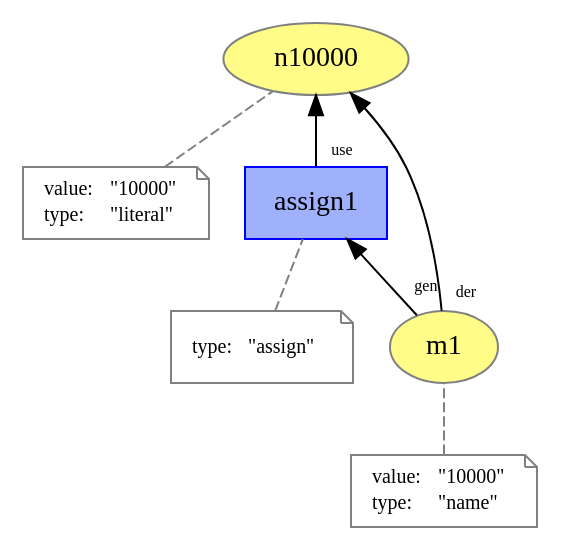
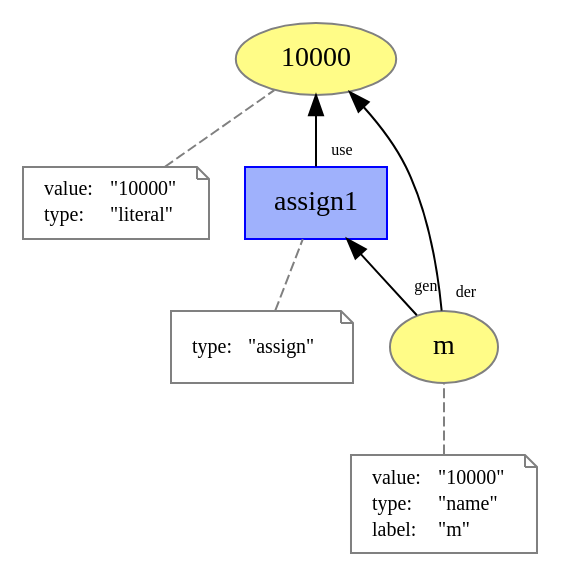
Before and after one commit to dew-uff/versioned-prov: the diagram in prov_dictionary/assign.dot, drawn with Graphviz. The commit also changed 51 other files, not shown here.

```diff
--- a/prov_dictionary/assign.dot
+++ b/prov_dictionary/assign.dot
@@ -1,37 +1,41 @@
 digraph "PROV" { size="16,12"; rankdir="BT";
-"http://example.org/n10000" [fillcolor="#FFFC87",color="#808080",style="filled",label="n10000",URL="http://example.org/n10000"]
+"http://example.org/10000" [fillcolor="#FFFC87",color="#808080",style="filled",label="10000",URL="http://example.org/10000"]
 "-attrs0" [color="gray",shape="note",fontsize="10",fontcolor="black",label=<<TABLE cellpadding="0" border="0">
 	<TR>
 	    <TD align="left">value:</TD>
 	    <TD align="left">&quot;10000&quot;</TD>
 	</TR>
 	<TR>
 	    <TD align="left">type:</TD>
 	    <TD align="left">&quot;literal&quot;</TD>
 	</TR>
 </TABLE>>]
-"-attrs0" -> "http://example.org/n10000" [color="gray",style="dashed",arrowhead="none"]
-"http://example.org/m1" [fillcolor="#FFFC87",color="#808080",style="filled",label="m1",URL="http://example.org/m1"]
+"-attrs0" -> "http://example.org/10000" [color="gray",style="dashed",arrowhead="none"]
+"http://example.org/m" [fillcolor="#FFFC87",color="#808080",style="filled",label="m",URL="http://example.org/m"]
 "-attrs1" [color="gray",shape="note",fontsize="10",fontcolor="black",label=<<TABLE cellpadding="0" border="0">
 	<TR>
 	    <TD align="left">value:</TD>
 	    <TD align="left">&quot;10000&quot;</TD>
 	</TR>
 	<TR>
 	    <TD align="left">type:</TD>
 	    <TD align="left">&quot;name&quot;</TD>
 	</TR>
+	<TR>
+	    <TD align="left">label:</TD>
+	    <TD align="left">&quot;m&quot;</TD>
+	</TR>
 </TABLE>>]
-"-attrs1" -> "http://example.org/m1" [color="gray",style="dashed",arrowhead="none"]
+"-attrs1" -> "http://example.org/m" [color="gray",style="dashed",arrowhead="none"]
 "http://example.org/assign1" [fillcolor="#9FB1FC",color="#0000FF",shape="polygon",sides="4",style="filled",label="assign1",URL="http://example.org/assign1"]
 "-attrs2" [color="gray",shape="note",fontsize="10",fontcolor="black",label=<<TABLE cellpadding="0" border="0">
 	<TR>
 	    <TD align="left">type:</TD>
 	    <TD align="left">&quot;assign&quot;</TD>
 	</TR>
 </TABLE>>]
 "-attrs2" -> "http://example.org/assign1" [color="gray",style="dashed",arrowhead="none"]
-"http://example.org/assign1" -> "http://example.org/n10000" [labelfontsize="8",labeldistance="1.5",labelangle="60.0",rotation="20",taillabel="use"]
-"http://example.org/m1" -> "http://example.org/assign1" [labelfontsize="8",labeldistance="1.5",labelangle="60.0",rotation="20",taillabel="gen"]
-"http://example.org/m1" -> "http://example.org/n10000" [labelfontsize="8",labeldistance="1.5",labelangle="60.0",rotation="20",taillabel="der"]
+"http://example.org/assign1" -> "http://example.org/10000" [labelfontsize="8",labeldistance="1.5",labelangle="60.0",rotation="20",taillabel="use"]
+"http://example.org/m" -> "http://example.org/assign1" [labelfontsize="8",labeldistance="1.5",labelangle="60.0",rotation="20",taillabel="gen"]
+"http://example.org/m" -> "http://example.org/10000" [labelfontsize="8",labeldistance="1.5",labelangle="60.0",rotation="20",taillabel="der"]
 }
```
